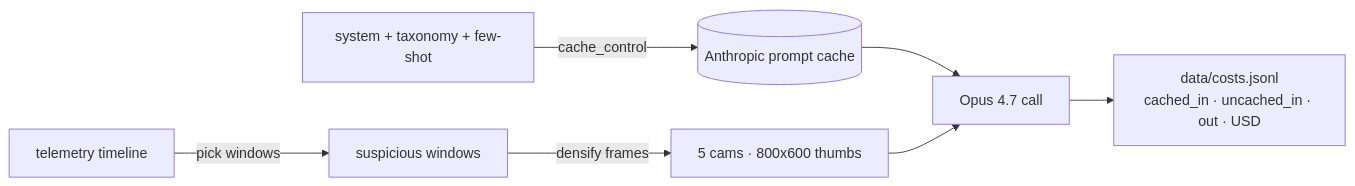
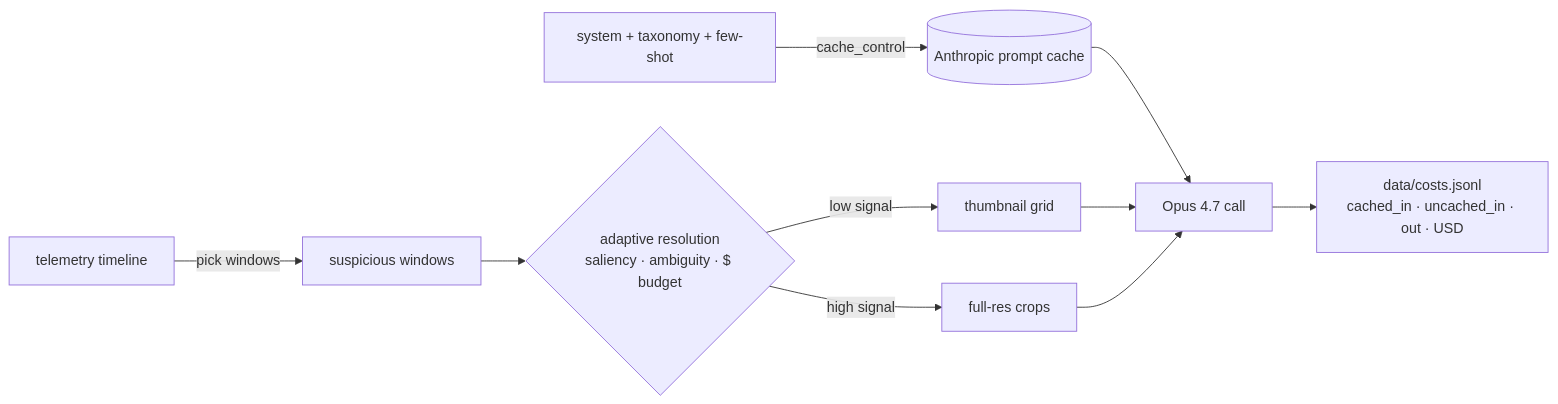
The seventh of 7 diagrams in README.md (LucasErcolano/BlackBox), drawn with Mermaid before and after one commit. The commit also changed other lines of this file, not shown here.

````diff
--- a/README.md
+++ b/README.md
@@ -197,9 +233,12 @@
 ```mermaid
 flowchart LR
     SP[system + taxonomy + few-shot] -->|cache_control| CACHE[(Anthropic prompt cache)]
     CACHE --> CALL[Opus 4.7 call]
     TEL[telemetry timeline] -->|pick windows| WIN[suspicious windows]
-    WIN -->|densify frames| FR[5 cams · 800x600 thumbs]
-    FR --> CALL
+    WIN --> BUD{adaptive resolution<br/>saliency · ambiguity · $ budget}
+    BUD -->|low signal| THUMB[thumbnail grid]
+    BUD -->|high signal| FULL[full-res crops]
+    THUMB --> CALL
+    FULL --> CALL
     CALL --> LOG[data/costs.jsonl<br/>cached_in · uncached_in · out · USD]
 ```
````
